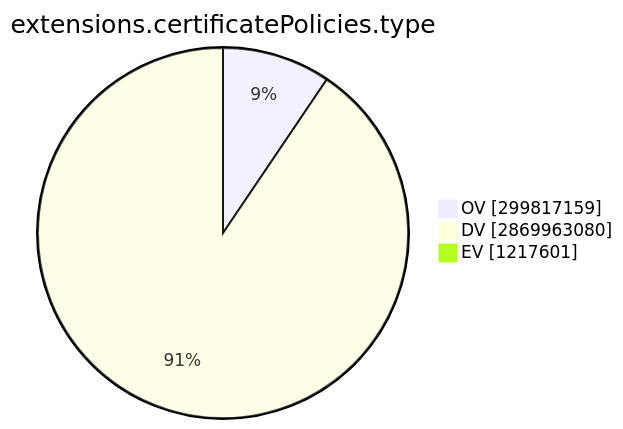
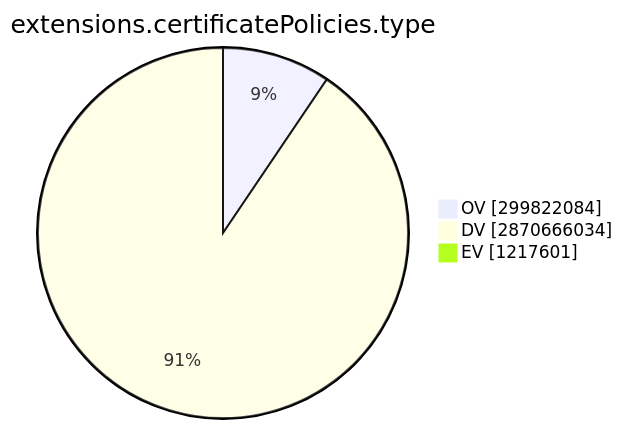
One commit to christiankrug/ctmonitor_visualization changed the ninth of 15 diagrams in TOTAL/README.md. Above: the diagram before and after it, drawn with Mermaid. The commit also changed other lines of this file, not shown here.

````diff
--- a/TOTAL/README.md
+++ b/TOTAL/README.md
@@ -3101,7 +3101,7 @@
 ```mermaid
 pie showData
 title extensions.certificatePolicies.type
-"OV" :299817159
-"DV" :2869963080
+"OV" :299822084
+"DV" :2870666034
 "EV" :1217601
 ```
````
